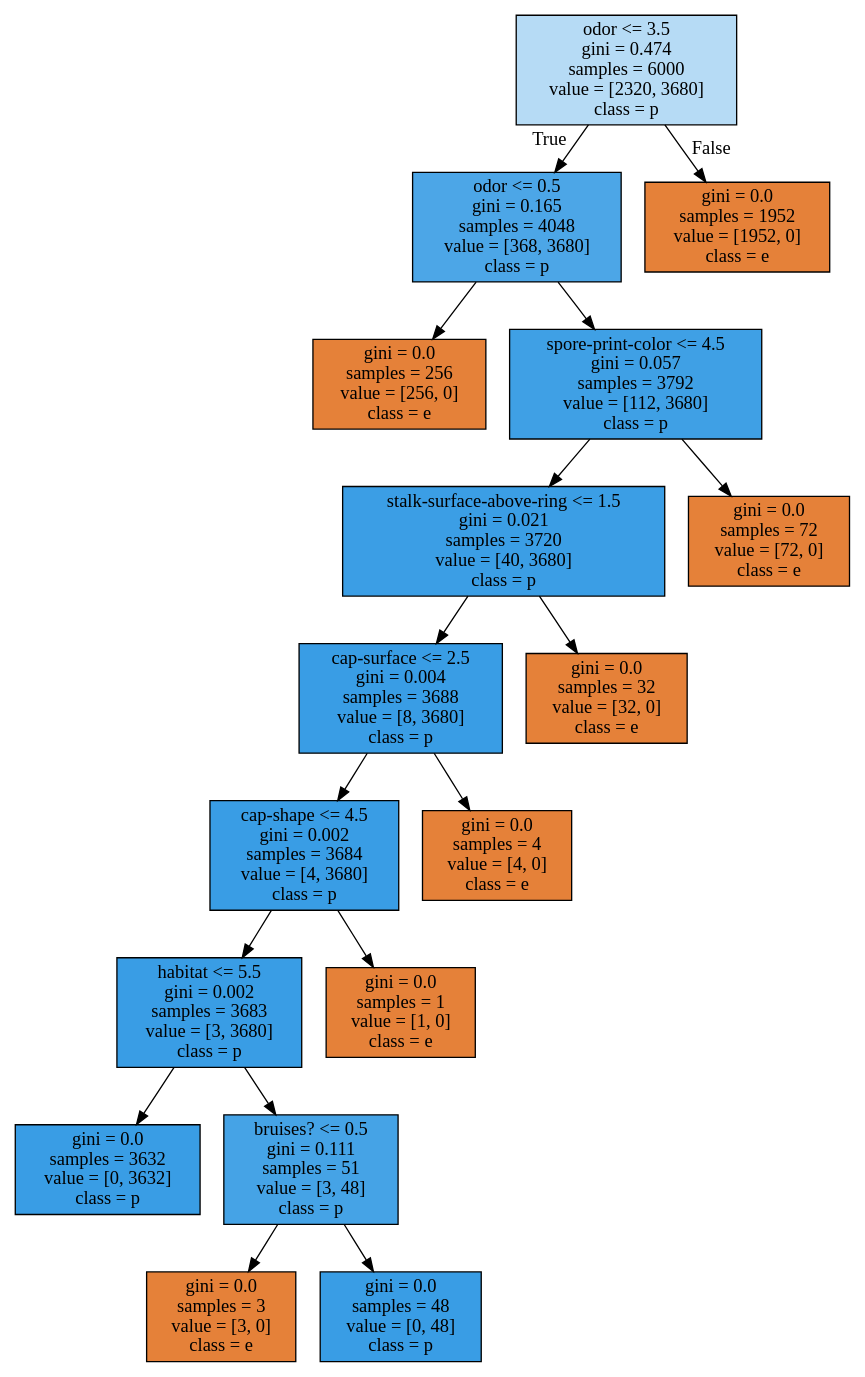
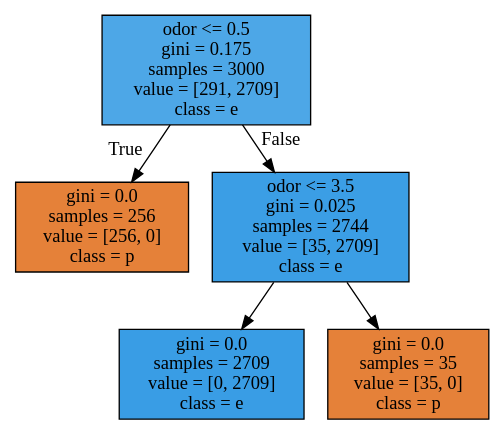
The diagram in MidSem_Lab_Exam/dTree.dot (AkshaY2039/Analytics-and-Systems-of-Big-Data), drawn with Graphviz before and after one commit. The commit also changed 4 other files, not shown here.

```diff
--- a/MidSem_Lab_Exam/dTree.dot
+++ b/MidSem_Lab_Exam/dTree.dot
@@ -1,36 +1,12 @@
 digraph Tree {
 node [shape=box, style="filled", color="black"] ;
-0 [label="odor <= 3.5\ngini = 0.474\nsamples = 6000\nvalue = [2320, 3680]\nclass = p", fillcolor="#399de55e"] ;
-1 [label="odor <= 0.5\ngini = 0.165\nsamples = 4048\nvalue = [368, 3680]\nclass = p", fillcolor="#399de5e6"] ;
+0 [label="odor <= 0.5\ngini = 0.175\nsamples = 3000\nvalue = [291, 2709]\nclass = e", fillcolor="#399de5e4"] ;
+1 [label="gini = 0.0\nsamples = 256\nvalue = [256, 0]\nclass = p", fillcolor="#e58139ff"] ;
 0 -> 1 [labeldistance=2.5, labelangle=45, headlabel="True"] ;
-2 [label="gini = 0.0\nsamples = 256\nvalue = [256, 0]\nclass = e", fillcolor="#e58139ff"] ;
-1 -> 2 ;
-3 [label="spore-print-color <= 4.5\ngini = 0.057\nsamples = 3792\nvalue = [112, 3680]\nclass = p", fillcolor="#399de5f7"] ;
-1 -> 3 ;
-4 [label="stalk-surface-above-ring <= 1.5\ngini = 0.021\nsamples = 3720\nvalue = [40, 3680]\nclass = p", fillcolor="#399de5fc"] ;
-3 -> 4 ;
-5 [label="cap-surface <= 2.5\ngini = 0.004\nsamples = 3688\nvalue = [8, 3680]\nclass = p", fillcolor="#399de5fe"] ;
-4 -> 5 ;
-6 [label="cap-shape <= 4.5\ngini = 0.002\nsamples = 3684\nvalue = [4, 3680]\nclass = p", fillcolor="#399de5ff"] ;
-5 -> 6 ;
-7 [label="habitat <= 5.5\ngini = 0.002\nsamples = 3683\nvalue = [3, 3680]\nclass = p", fillcolor="#399de5ff"] ;
-6 -> 7 ;
-8 [label="gini = 0.0\nsamples = 3632\nvalue = [0, 3632]\nclass = p", fillcolor="#399de5ff"] ;
-7 -> 8 ;
-9 [label="bruises? <= 0.5\ngini = 0.111\nsamples = 51\nvalue = [3, 48]\nclass = p", fillcolor="#399de5ef"] ;
-7 -> 9 ;
-10 [label="gini = 0.0\nsamples = 3\nvalue = [3, 0]\nclass = e", fillcolor="#e58139ff"] ;
-9 -> 10 ;
-11 [label="gini = 0.0\nsamples = 48\nvalue = [0, 48]\nclass = p", fillcolor="#399de5ff"] ;
-9 -> 11 ;
-12 [label="gini = 0.0\nsamples = 1\nvalue = [1, 0]\nclass = e", fillcolor="#e58139ff"] ;
-6 -> 12 ;
-13 [label="gini = 0.0\nsamples = 4\nvalue = [4, 0]\nclass = e", fillcolor="#e58139ff"] ;
-5 -> 13 ;
-14 [label="gini = 0.0\nsamples = 32\nvalue = [32, 0]\nclass = e", fillcolor="#e58139ff"] ;
-4 -> 14 ;
-15 [label="gini = 0.0\nsamples = 72\nvalue = [72, 0]\nclass = e", fillcolor="#e58139ff"] ;
-3 -> 15 ;
-16 [label="gini = 0.0\nsamples = 1952\nvalue = [1952, 0]\nclass = e", fillcolor="#e58139ff"] ;
-0 -> 16 [labeldistance=2.5, labelangle=-45, headlabel="False"] ;
+2 [label="odor <= 3.5\ngini = 0.025\nsamples = 2744\nvalue = [35, 2709]\nclass = e", fillcolor="#399de5fc"] ;
+0 -> 2 [labeldistance=2.5, labelangle=-45, headlabel="False"] ;
+3 [label="gini = 0.0\nsamples = 2709\nvalue = [0, 2709]\nclass = e", fillcolor="#399de5ff"] ;
+2 -> 3 ;
+4 [label="gini = 0.0\nsamples = 35\nvalue = [35, 0]\nclass = p", fillcolor="#e58139ff"] ;
+2 -> 4 ;
 }
```
